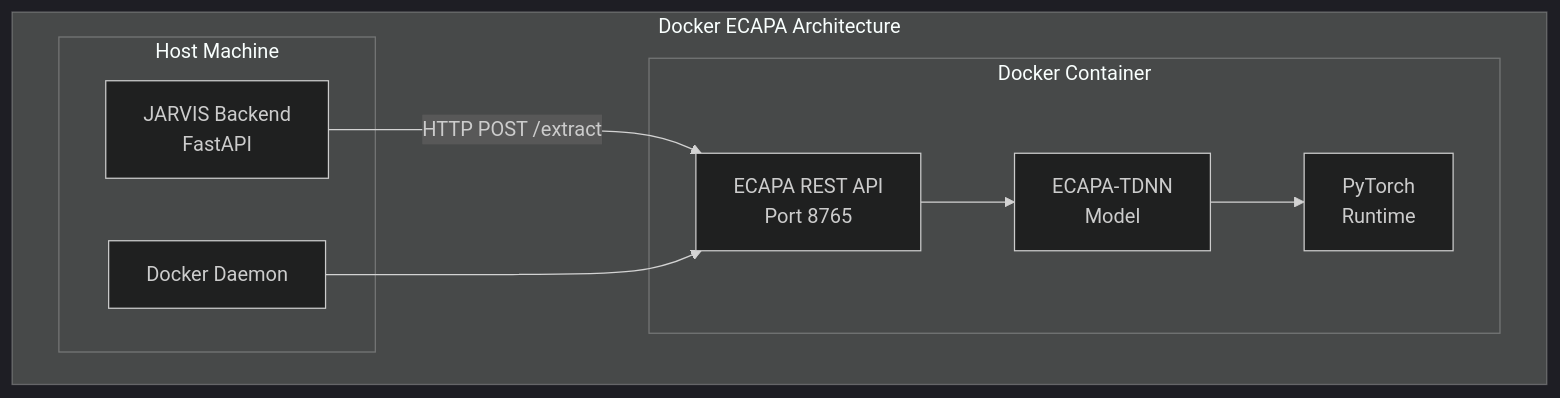
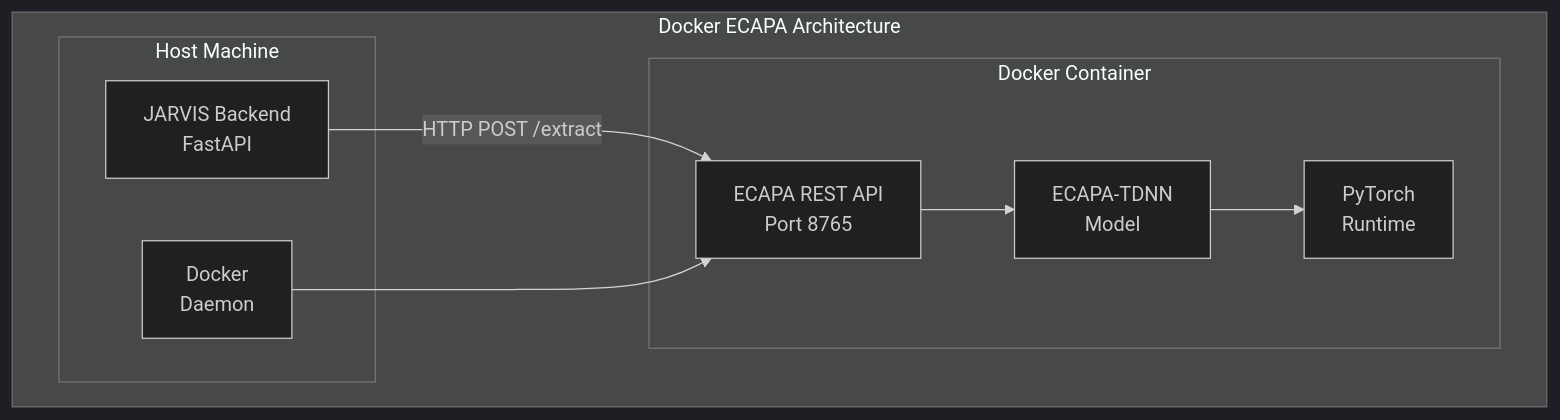
Before and after one commit to nandkishorrathodk-art/Ironcliw-ai: the tenth of 13 diagrams in VOICE_BIOMETRIC_INTELLIGENCE_ARCHITECTURE.md, drawn with Mermaid (dark theme). The commit also changed other lines of this file, not shown here.

````diff
--- a/VOICE_BIOMETRIC_INTELLIGENCE_ARCHITECTURE.md
+++ b/VOICE_BIOMETRIC_INTELLIGENCE_ARCHITECTURE.md
@@ -1092,21 +884,21 @@
 ```mermaid
 flowchart TB
     subgraph "Docker ECAPA Architecture"
         subgraph "Host Machine"
             JARVIS[JARVIS Backend<br/>FastAPI]
-            DOCKER[Docker Daemon]
+            DOCKER[Docker <br/>Daemon]
         end
         
         subgraph "Docker Container"
             ECAPA_API[ECAPA REST API<br/>Port 8765]
             ECAPA_MODEL[ECAPA-TDNN<br/>Model]
             TORCH[PyTorch<br/>Runtime]
         end
         
         JARVIS -->|HTTP POST /extract| ECAPA_API
         ECAPA_API --> ECAPA_MODEL
         ECAPA_MODEL --> TORCH
         
         DOCKER --> ECAPA_API
     end
 ```
````
